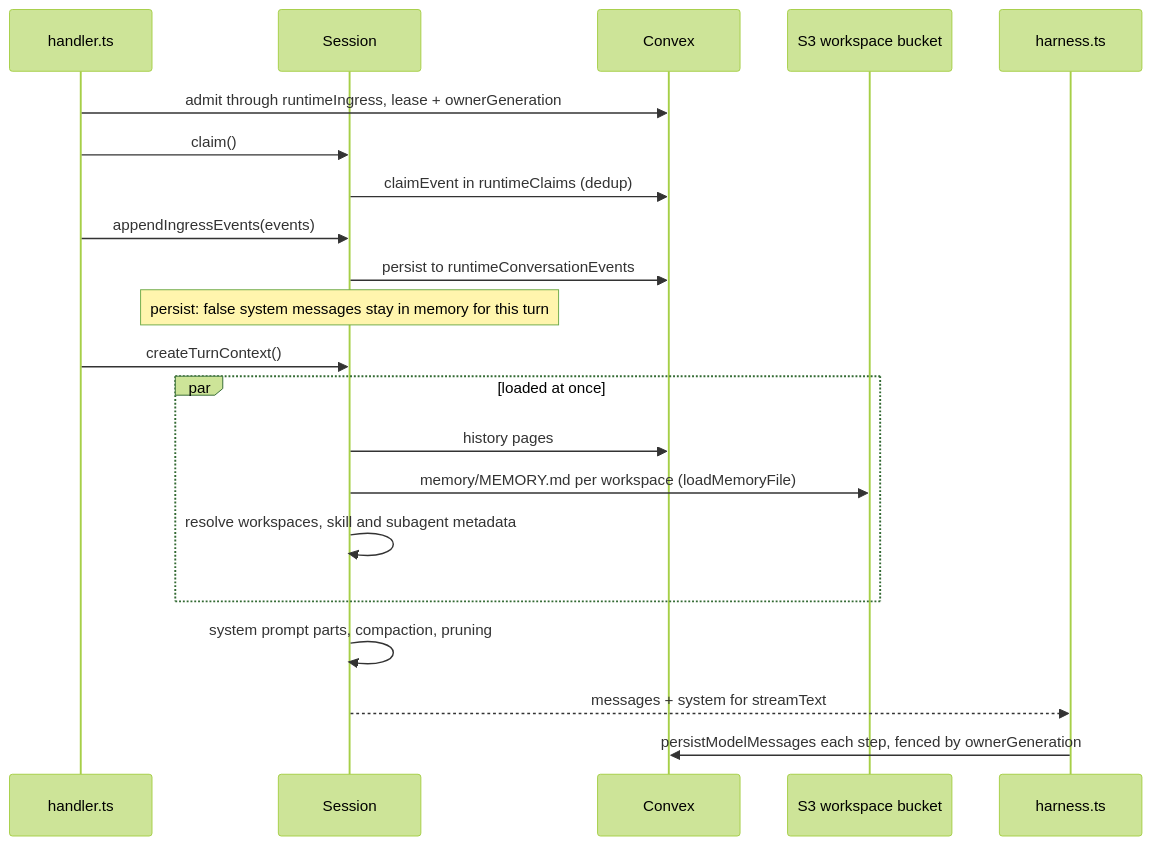
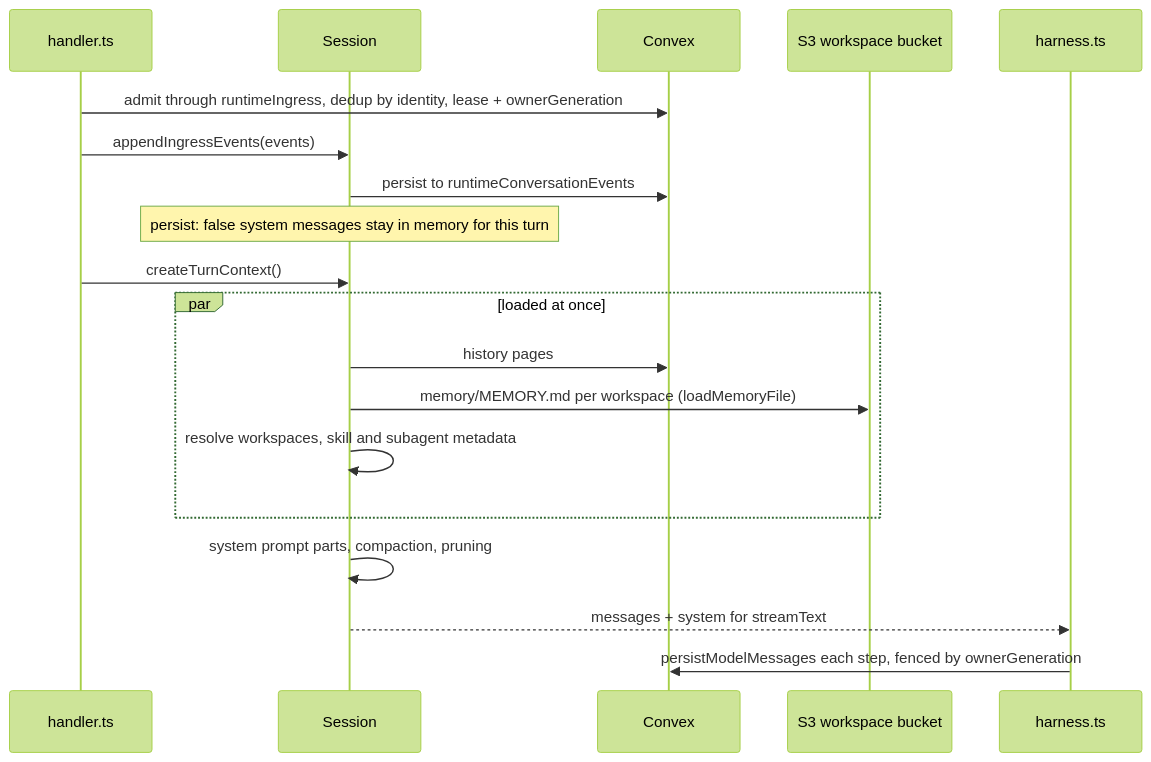
Before and after one commit to beeblastco/broods: the third of 4 diagrams in apps/docs/docs/internals/storage.md, drawn with Mermaid (forest theme). The commit also changed other lines of this file and 8 other files, not shown here.

First line of the commit message:
docs: fix internals diagrams that disagreed with the code

````diff
--- a/apps/docs/docs/internals/storage.md
+++ b/apps/docs/docs/internals/storage.md
@@ -102,24 +102,22 @@
 ```mermaid
 sequenceDiagram
   participant H as handler.ts
   participant S as Session
   participant CVX as Convex
   participant S3 as S3 workspace bucket
   participant M as harness.ts
 
-  H->>CVX: admit through runtimeIngress, lease + ownerGeneration
-  H->>S: claim()
-  S->>CVX: claimEvent in runtimeClaims (dedup)
+  H->>CVX: admit through runtimeIngress, dedup by identity, lease + ownerGeneration
   H->>S: appendIngressEvents(events)
   S->>CVX: persist to runtimeConversationEvents
   Note over S: persist: false system messages stay in memory for this turn
   H->>S: createTurnContext()
   par loaded at once
     S->>CVX: history pages
     S->>S3: memory/MEMORY.md per workspace (loadMemoryFile)
     S->>S: resolve workspaces, skill and subagent metadata
   end
   S->>S: system prompt parts, compaction, pruning
   S-->>M: messages + system for streamText
   M->>CVX: persistModelMessages each step, fenced by ownerGeneration
 ```
````
